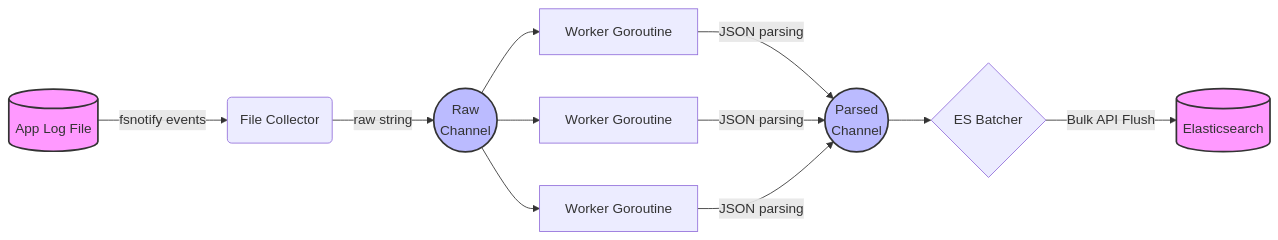
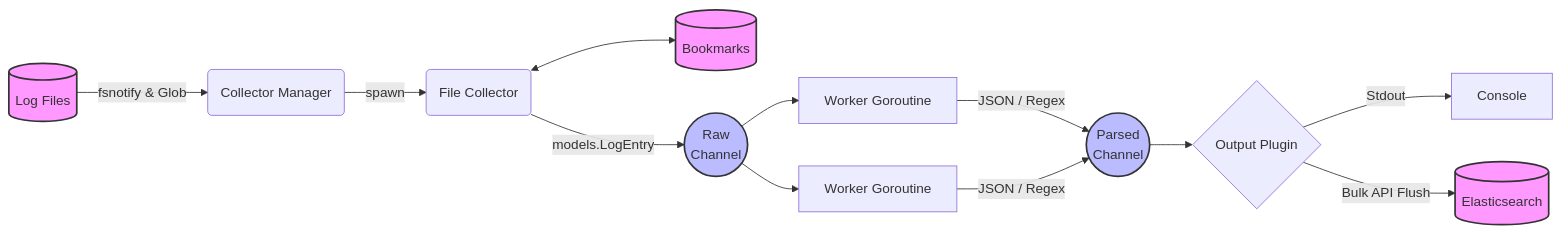
The diagram in README.md (Ketan-Chaudhary/log_aggregator), drawn with Mermaid before and after one commit. The commit also changed other lines of this file and 2 other files, not shown here.

First line of the commit message:
feat: re-introduce CLI flags to override config.json

````diff
--- a/README.md
+++ b/README.md
@@ -42,22 +42,23 @@
 ```mermaid
 flowchart LR
-    File[(App Log File)] -- "fsnotify events" --> Collector(File Collector)
-    Collector -- "raw string" --> RawChan((Raw\nChannel))
+    Files[(Log Files)] -- "fsnotify & Glob" --> Manager(Collector Manager)
+    Manager -- "spawn" --> Collector(File Collector)
+    Collector <--> BM[(Bookmarks)]
+    Collector -- "models.LogEntry" --> RawChan((Raw\nChannel))
     
     RawChan --> Worker1[Worker Goroutine]
-    RawChan --> Worker2[Worker Goroutine]
     RawChan --> WorkerN[Worker Goroutine]
     
-    Worker1 -- "JSON parsing" --> ParsedChan((Parsed\nChannel))
-    Worker2 -- "JSON parsing" --> ParsedChan
-    WorkerN -- "JSON parsing" --> ParsedChan
+    Worker1 -- "JSON / Regex" --> ParsedChan((Parsed\nChannel))
+    WorkerN -- "JSON / Regex" --> ParsedChan
     
-    ParsedChan --> ESBatcher{ES Batcher}
-    ESBatcher -- "Bulk API Flush" --> ES[(Elasticsearch)]
+    ParsedChan --> Output{Output Plugin}
+    Output -- "Stdout" --> Console
+    Output -- "Bulk API Flush" --> ES[(Elasticsearch)]
 
     %% Styling
     classDef io fill:#f9f,stroke:#333,stroke-width:2px;
     classDef channel fill:#bbf,stroke:#333,stroke-width:2px,shape:circle;
-    class File,ES io;
+    class Files,ES,BM io;
     class RawChan,ParsedChan channel;
 ```
````
